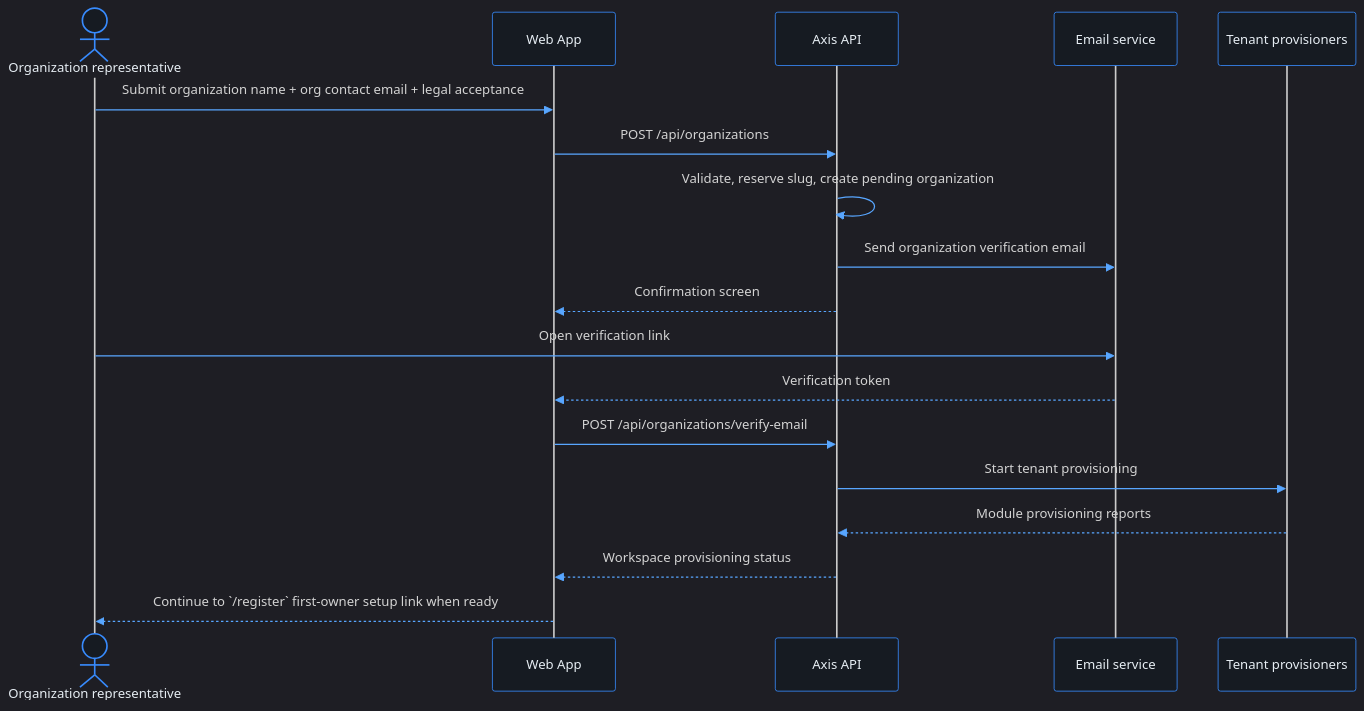
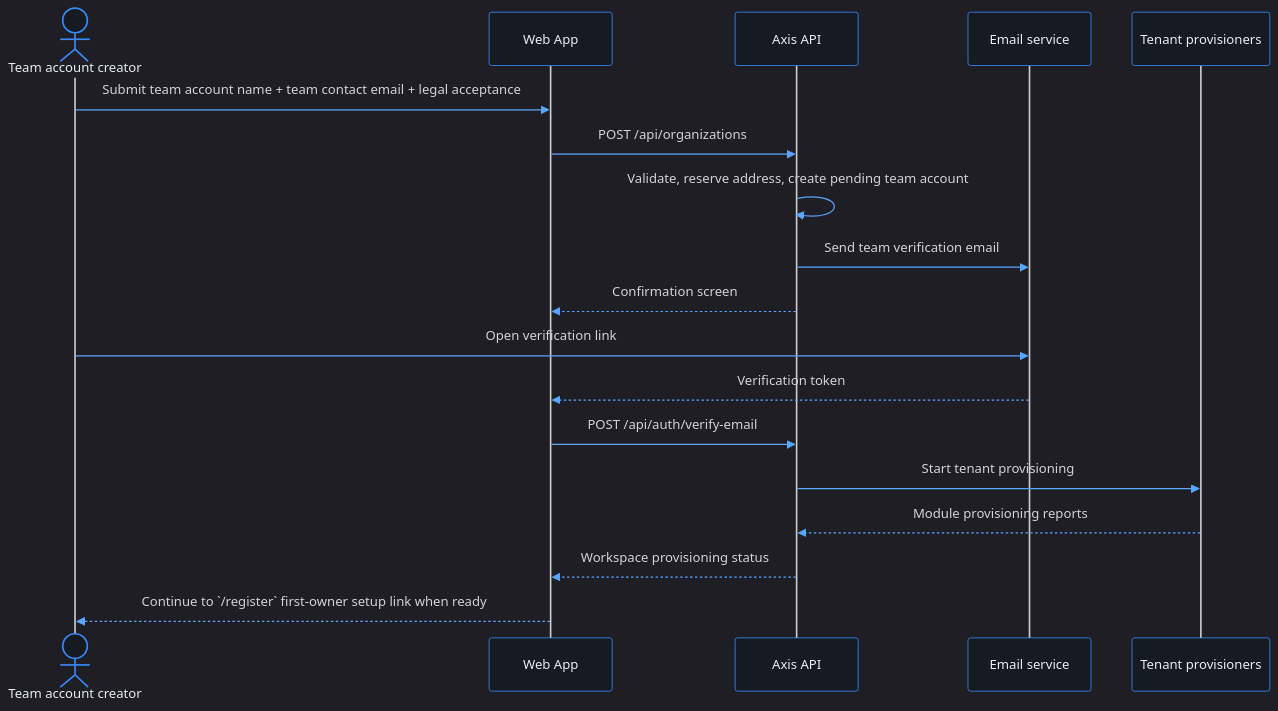
One commit to phuongnse/axis changed the second of 3 diagrams in docs/use-cases/platform-foundation/register-org/README.md. Above: the diagram before and after it, drawn with Mermaid. The commit also changed other lines of this file and 14 other files, not shown here.

Commit message:
fix(frontend): present org signup as team account

````diff
--- a/docs/use-cases/platform-foundation/register-org/README.md
+++ b/docs/use-cases/platform-foundation/register-org/README.md
@@ -159,22 +159,22 @@
 ```mermaid
 %%{init: {'theme':'dark','themeVariables':{'background':'#0d1117','mainBkg':'#0d1117','primaryColor':'#161b22','primaryBorderColor':'#388bfd','primaryTextColor':'#e6edf3','secondaryColor':'#21262d','secondaryBorderColor':'#388bfd','secondaryTextColor':'#e6edf3','tertiaryColor':'#161b22','tertiaryTextColor':'#e6edf3','lineColor':'#58a6ff','textColor':'#e6edf3','nodeBorder':'#388bfd','clusterBkg':'#161b22','clusterBorder':'#388bfd','titleColor':'#e6edf3','edgeLabelBackground':'#161b22','actorBkg':'#161b22','actorBorder':'#388bfd','actorTextColor':'#e6edf3','signalColor':'#58a6ff','labelBoxBkgColor':'#161b22','labelBoxBorderColor':'#388bfd','noteBkgColor':'#161b22','noteBorderColor':'#388bfd','noteTextColor':'#c9d1d9','activationBkgColor':'#30363d'}}}%%
 sequenceDiagram
-  actor Rep as Organization representative
+  actor Rep as Team account creator
   participant Web as Web App
   participant API as Axis API
   participant Email as Email service
   participant Provisioning as Tenant provisioners
 
-  Rep->>Web: Submit organization name + org contact email + legal acceptance
+  Rep->>Web: Submit team account name + team contact email + legal acceptance
   Web->>API: POST /api/organizations
-  API->>API: Validate, reserve slug, create pending organization
-  API->>Email: Send organization verification email
+  API->>API: Validate, reserve address, create pending team account
+  API->>Email: Send team verification email
   API-->>Web: Confirmation screen
   Rep->>Email: Open verification link
   Email-->>Web: Verification token
-  Web->>API: POST /api/organizations/verify-email
+  Web->>API: POST /api/auth/verify-email
   API->>Provisioning: Start tenant provisioning
   Provisioning-->>API: Module provisioning reports
   API-->>Web: Workspace provisioning status
   Web-->>Rep: Continue to `/register` first-owner setup link when ready
 ```
````
